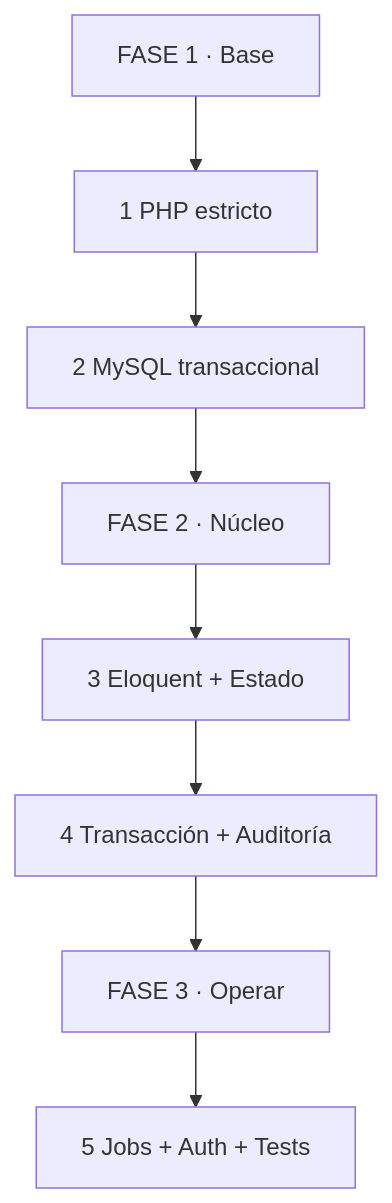
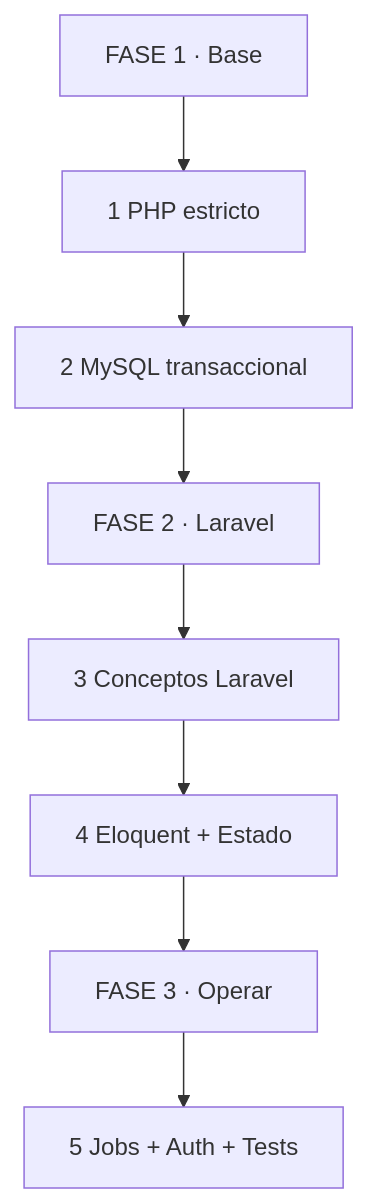
The first of 8 diagrams in src/content/blog/waiot-backend-blindado-masterclass.md (jeroroldan/jeronimo-blog), drawn with Mermaid before and after one commit. The commit also changed other lines of this file, not shown here.

First line of the commit message:
feat(blog): expand masterclass content on Laravel fundamentals

````diff
--- a/src/content/blog/waiot-backend-blindado-masterclass.md
+++ b/src/content/blog/waiot-backend-blindado-masterclass.md
@@ -32,10 +32,10 @@
 ```mermaid
 flowchart TD
     F1["FASE 1 · Base"] --> A["1 PHP estricto"]
     A --> B["2 MySQL transaccional"]
-    B --> F2["FASE 2 · Núcleo"]
-    F2 --> C["3 Eloquent + Estado"]
-    C --> D["4 Transacción + Auditoría"]
+    B --> F2["FASE 2 · Laravel"]
+    F2 --> C["3 Conceptos Laravel"]
+    C --> D["4 Eloquent + Estado"]
     D --> F3["FASE 3 · Operar"]
     F3 --> E["5 Jobs + Auth + Tests"]
 ```
````
